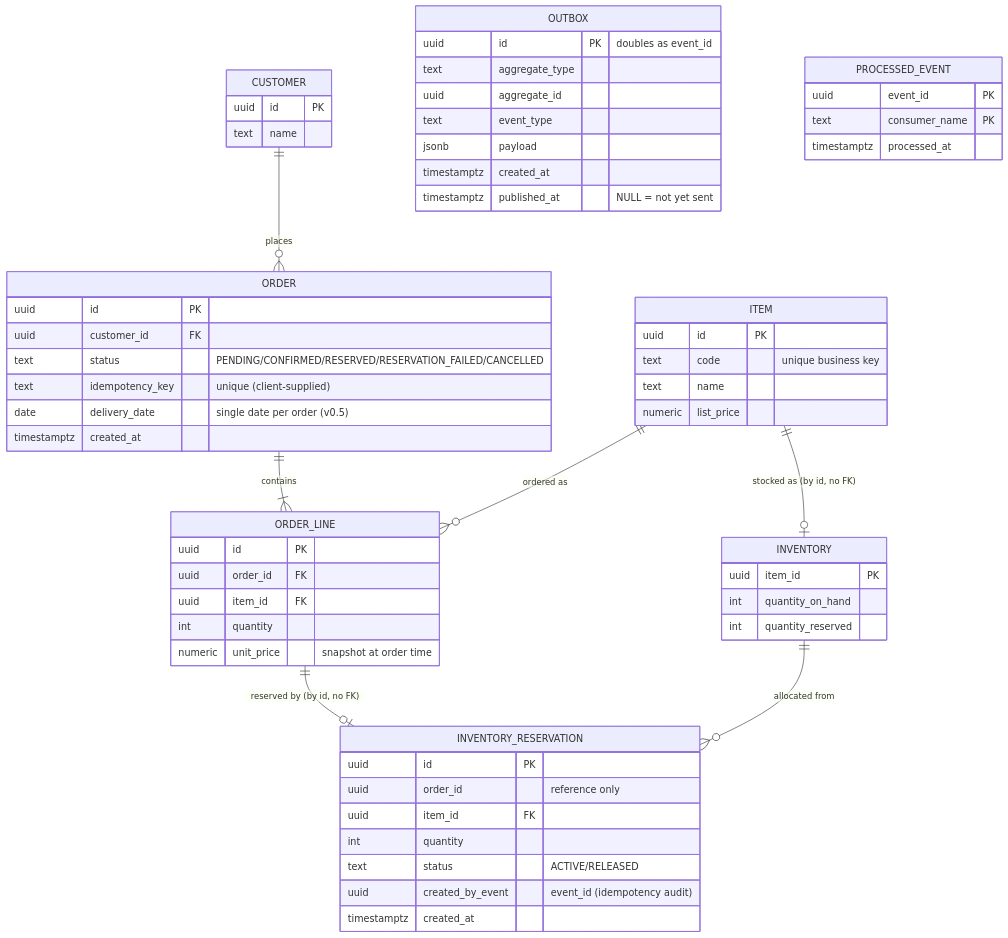
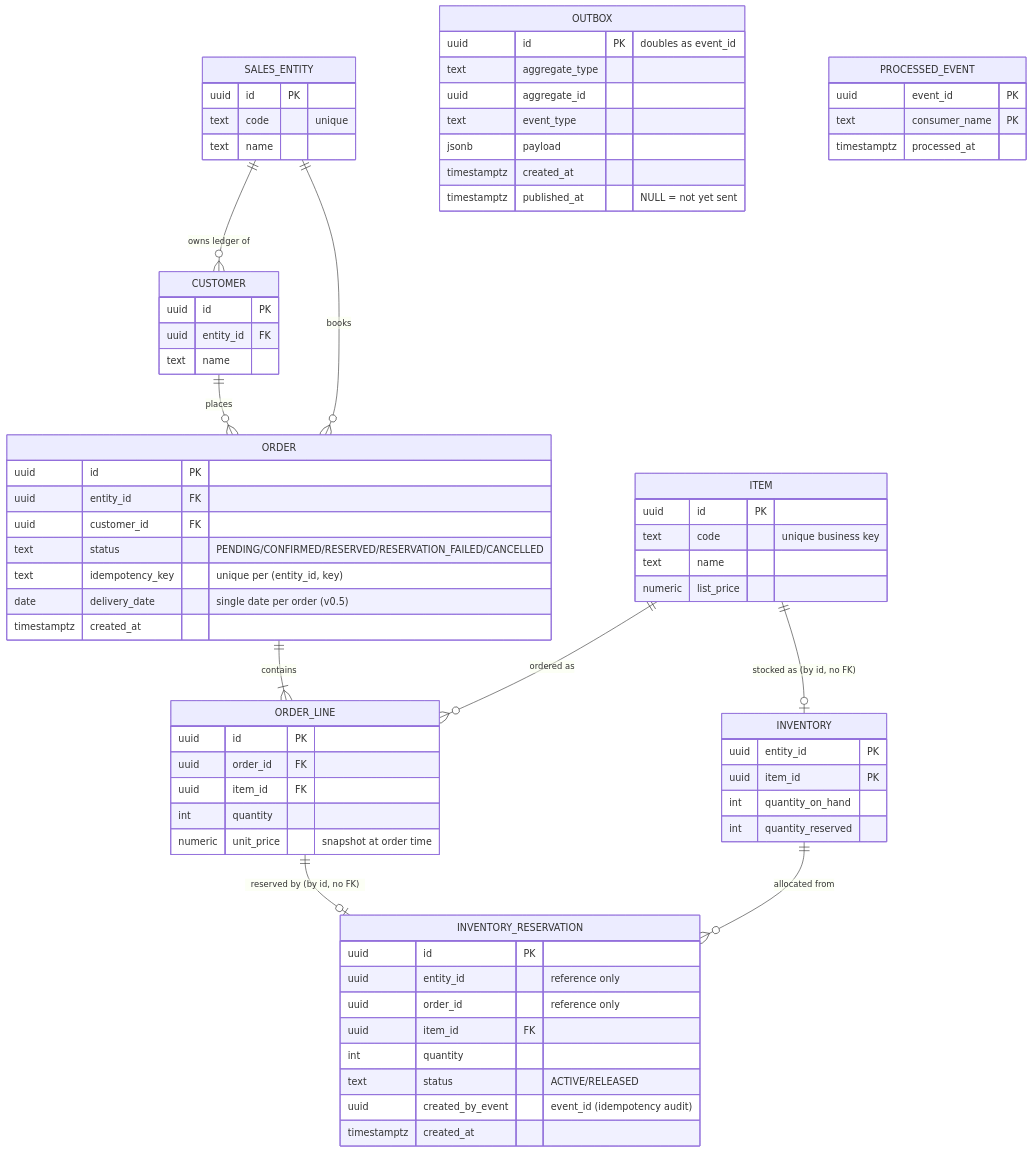
The diagram in docs/design/domain-design.md (ikuko-otani/event-driven-orders), drawn with Mermaid before and after one commit. The commit also changed other lines of this file, not shown here.

First line of the commit message:
docs(design): add event catalog, bake in multi-entity column

````diff
--- a/docs/design/domain-design.md
+++ b/docs/design/domain-design.md
@@ -64,63 +68,74 @@
 ```mermaid
 erDiagram
+    SALES_ENTITY ||--o{ CUSTOMER : "owns ledger of"
+    SALES_ENTITY ||--o{ ORDER : books
     CUSTOMER ||--o{ ORDER : places
     ORDER ||--|{ ORDER_LINE : contains
     ITEM ||--o{ ORDER_LINE : "ordered as"
     ITEM ||--o| INVENTORY : "stocked as (by id, no FK)"
     INVENTORY ||--o{ INVENTORY_RESERVATION : "allocated from"
     ORDER_LINE ||--o| INVENTORY_RESERVATION : "reserved by (by id, no FK)"
 
+    SALES_ENTITY {
+        uuid id PK
+        text code "unique"
+        text name
+    }
     CUSTOMER {
         uuid id PK
+        uuid entity_id FK
         text name
     }
     ORDER {
         uuid id PK
+        uuid entity_id FK
         uuid customer_id FK
         text status "PENDING/CONFIRMED/RESERVED/RESERVATION_FAILED/CANCELLED"
-        text idempotency_key "unique (client-supplied)"
+        text idempotency_key "unique per (entity_id, key)"
         date delivery_date "single date per order (v0.5)"
         timestamptz created_at
     }
     ORDER_LINE {
         uuid id PK
         uuid order_id FK
         uuid item_id FK
         int quantity
         numeric unit_price "snapshot at order time"
     }
     ITEM {
         uuid id PK
         text code "unique business key"
         text name
         numeric list_price
     }
     INVENTORY {
+        uuid entity_id PK
         uuid item_id PK
         int quantity_on_hand
         int quantity_reserved
     }
     INVENTORY_RESERVATION {
         uuid id PK
+        uuid entity_id "reference only"
         uuid order_id "reference only"
         uuid item_id FK
         int quantity
         text status "ACTIVE/RELEASED"
         uuid created_by_event "event_id (idempotency audit)"
         timestamptz created_at
     }
     OUTBOX {
         uuid id PK "doubles as event_id"
         text aggregate_type
         uuid aggregate_id
         text event_type
         jsonb payload
         timestamptz created_at
         timestamptz published_at "NULL = not yet sent"
     }
     PROCESSED_EVENT {
         uuid event_id PK
         text consumer_name PK
         timestamptz processed_at
     }
 ```
````
